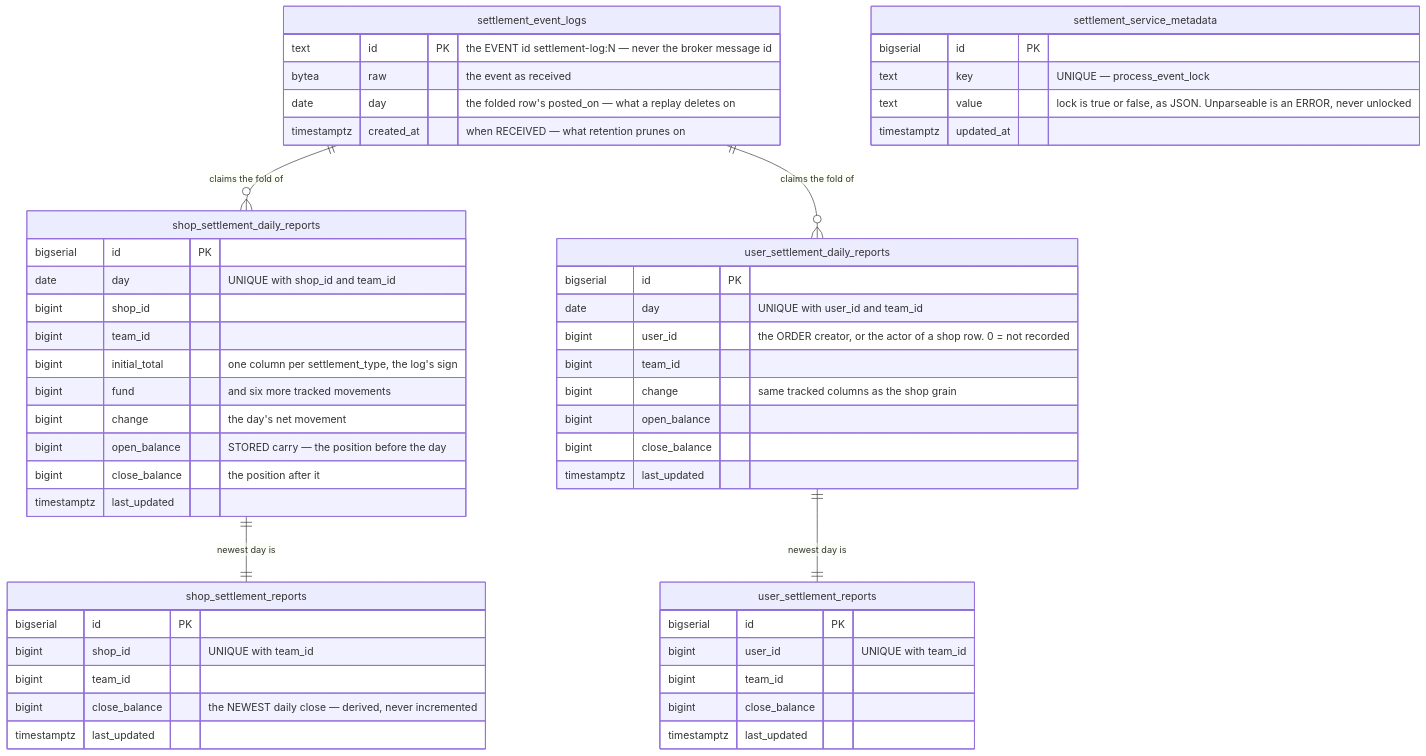
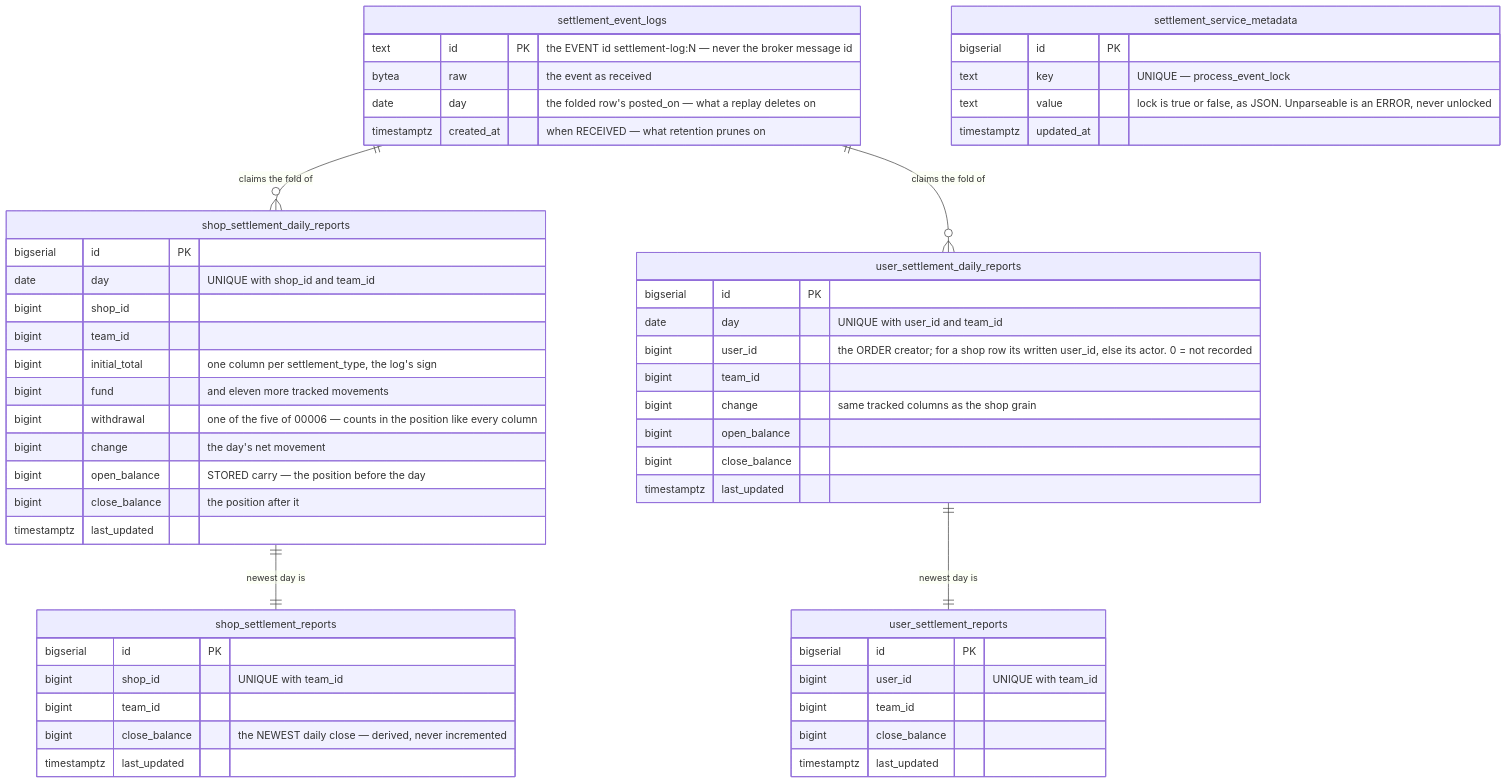
Before and after one commit to pdcgo/warehouse_revamp: diagram 14 of 14 in docs/database-schema.md, drawn with Mermaid. The commit also changed other lines of this file and 46 other files, not shown here.

````diff
--- a/docs/database-schema.md
+++ b/docs/database-schema.md
@@ -1429,61 +1430,62 @@
 ```mermaid
 erDiagram
   settlement_event_logs {
     text id PK "the EVENT id settlement-log:N — never the broker message id"
     bytea raw "the event as received"
     date day "the folded row's posted_on — what a replay deletes on"
     timestamptz created_at "when RECEIVED — what retention prunes on"
   }
 
   shop_settlement_daily_reports {
     bigserial id PK
     date day "UNIQUE with shop_id and team_id"
     bigint shop_id
     bigint team_id
     bigint initial_total "one column per settlement_type, the log's sign"
-    bigint fund "and six more tracked movements"
+    bigint fund "and eleven more tracked movements"
+    bigint withdrawal "one of the five of 00006 — counts in the position like every column"
     bigint change "the day's net movement"
     bigint open_balance "STORED carry — the position before the day"
     bigint close_balance "the position after it"
     timestamptz last_updated
   }
 
   user_settlement_daily_reports {
     bigserial id PK
     date day "UNIQUE with user_id and team_id"
-    bigint user_id "the ORDER creator, or the actor of a shop row. 0 = not recorded"
+    bigint user_id "the ORDER creator; for a shop row its written user_id, else its actor. 0 = not recorded"
     bigint team_id
     bigint change "same tracked columns as the shop grain"
     bigint open_balance
     bigint close_balance
     timestamptz last_updated
   }
 
   shop_settlement_reports {
     bigserial id PK
     bigint shop_id "UNIQUE with team_id"
     bigint team_id
     bigint close_balance "the NEWEST daily close — derived, never incremented"
     timestamptz last_updated
   }
 
   user_settlement_reports {
     bigserial id PK
     bigint user_id "UNIQUE with team_id"
     bigint team_id
     bigint close_balance
     timestamptz last_updated
   }
 
   settlement_service_metadata {
     bigserial id PK
     text key "UNIQUE — process_event_lock"
     text value "lock is true or false, as JSON. Unparseable is an ERROR, never unlocked"
     timestamptz updated_at
   }
 
   settlement_event_logs ||--o{ shop_settlement_daily_reports : "claims the fold of"
   settlement_event_logs ||--o{ user_settlement_daily_reports : "claims the fold of"
   shop_settlement_daily_reports ||--|| shop_settlement_reports : "newest day is"
   user_settlement_daily_reports ||--|| user_settlement_reports : "newest day is"
 ```
````
